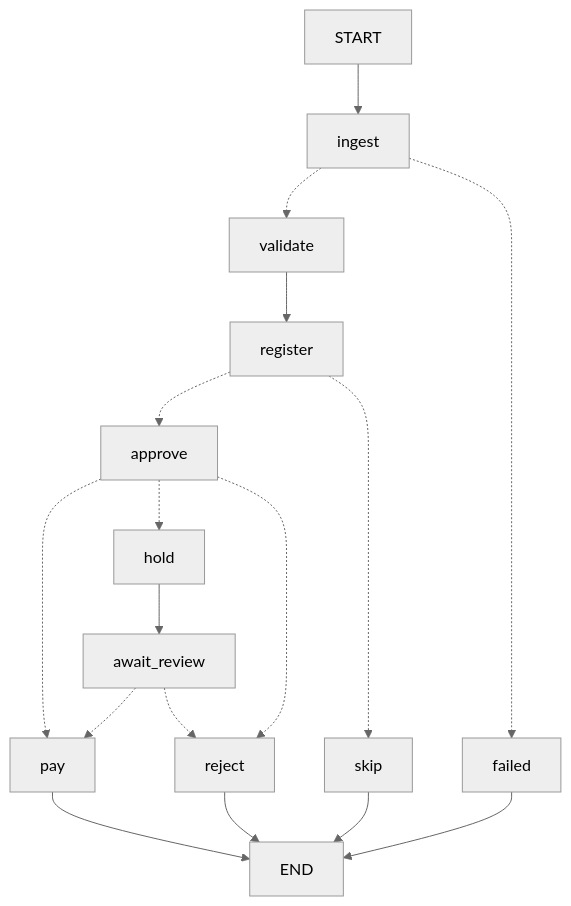
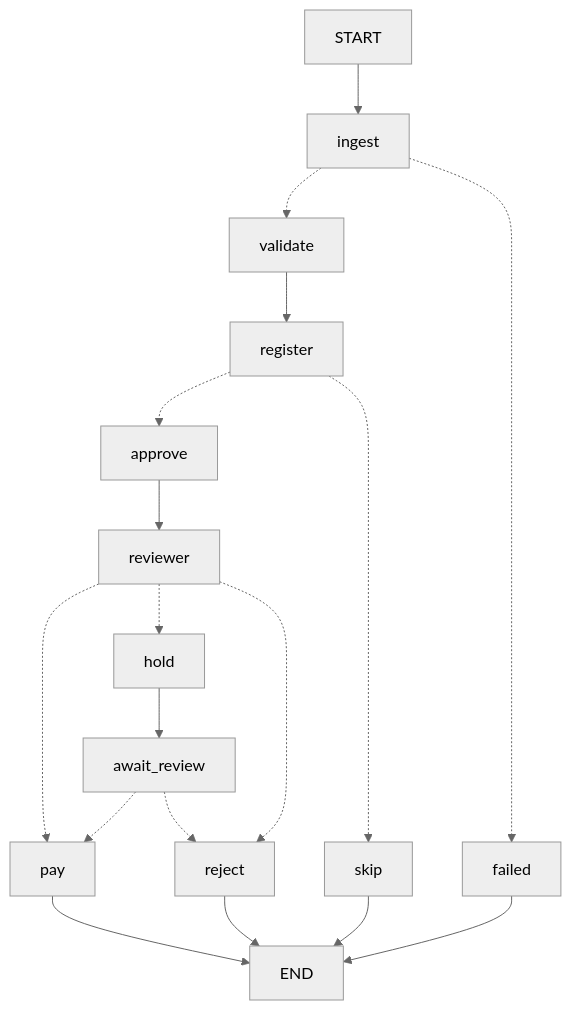
Before and after one commit to webster-hunter/galatiq-assessment-websterhunter: the diagram in README.md, drawn with Mermaid (neutral theme). The commit also changed other lines of this file and 8 other files, not shown here.

First line of the commit message:
Add the reviewer agent: tool calling, a written reason, and a hold it can add

````diff
--- a/README.md
+++ b/README.md
@@ -159,19 +159,20 @@
 ```mermaid
 graph TD;
     START --> ingest;
     ingest -.-> validate;
     ingest -.-> failed;
     validate --> register;
     register -.-> approve;
     register -.-> skip;
-    approve -.-> pay;
-    approve -.-> hold;
-    approve -.-> reject;
+    approve --> reviewer;
+    reviewer -.-> pay;
+    reviewer -.-> hold;
+    reviewer -.-> reject;
     hold --> await_review;
     await_review -.-> pay;
     await_review -.-> reject;
     pay --> END;
     reject --> END;
     skip --> END;
     failed --> END;
 ```
````
